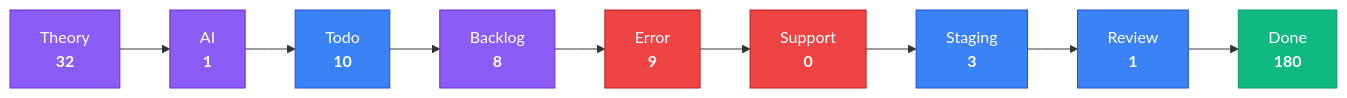
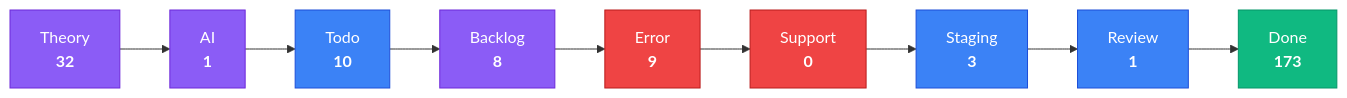
One commit to KBVE/kbve changed the third of 4 diagrams in apps/kbve/astro-kbve/src/content/docs/dashboard/kanban-data.mdx. Above: the diagram before and after it, drawn with Mermaid. The commit also changed other lines of this file and 8 other files, not shown here.

````diff
--- a/apps/kbve/astro-kbve/src/content/docs/dashboard/kanban-data.mdx
+++ b/apps/kbve/astro-kbve/src/content/docs/dashboard/kanban-data.mdx
@@ -80,28 +80,28 @@
 ```mermaid
 flowchart LR
     classDef planning fill:#8b5cf6,stroke:#6d28d9,color:#fff
     classDef active fill:#3b82f6,stroke:#1d4ed8,color:#fff
     classDef blocked fill:#ef4444,stroke:#b91c1c,color:#fff
     classDef done fill:#10b981,stroke:#059669,color:#fff
     Theory["Theory<br/><strong>32</strong>"]
     Theory --> AI
     AI["AI<br/><strong>1</strong>"]
     AI --> Todo
     Todo["Todo<br/><strong>10</strong>"]
     Todo --> Backlog
     Backlog["Backlog<br/><strong>8</strong>"]
     Backlog --> Error
     Error["Error<br/><strong>9</strong>"]
     Error --> Support
     Support["Support<br/><strong>0</strong>"]
     Support --> Staging
     Staging["Staging<br/><strong>3</strong>"]
     Staging --> Review
     Review["Review<br/><strong>1</strong>"]
     Review --> Done
-    Done["Done<br/><strong>180</strong>"]
+    Done["Done<br/><strong>173</strong>"]
     class Theory,AI,Backlog planning
     class Todo,Staging,Review active
     class Error,Support blocked
     class Done done
 ```
````
